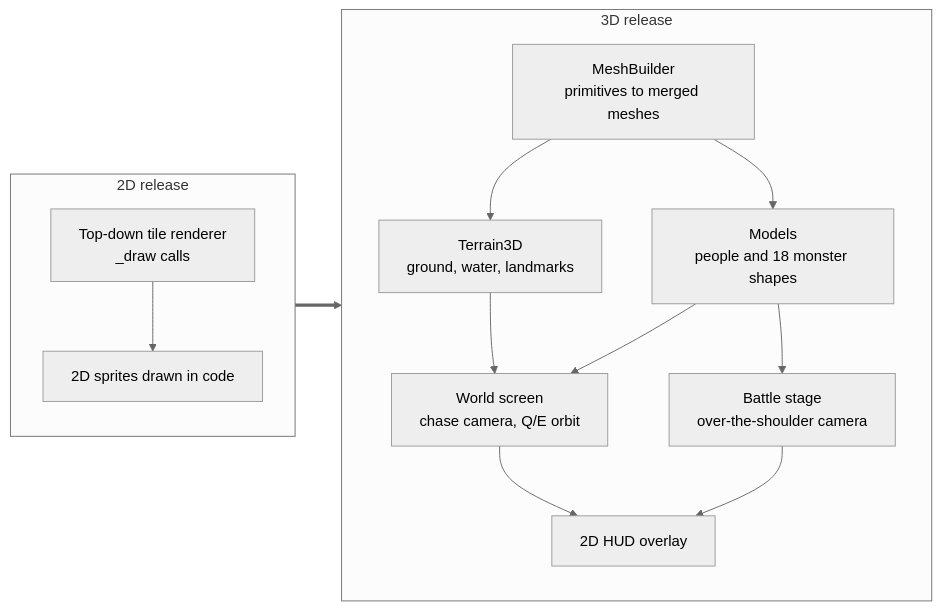
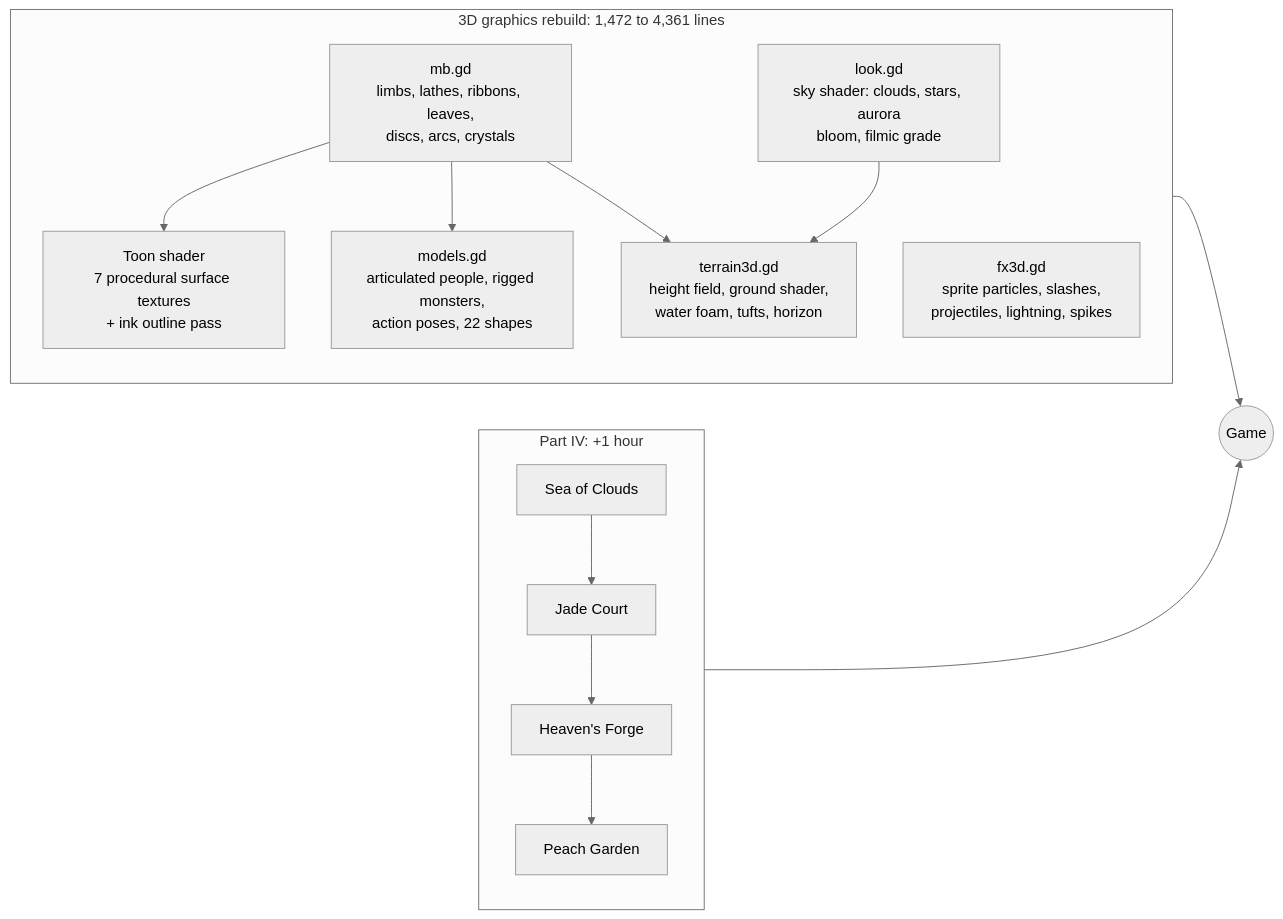
Before and after one commit to jgyy/timegox: the first of 6 diagrams in README.md, drawn with Mermaid (neutral theme). The commit also changed other lines of this file and 21 other files, not shown here.

Commit message:
Rebuild the 3D graphics (about 3x the code), add Part IV (+1 hour), fix bugs (#4)

````diff
--- a/README.md
+++ b/README.md
@@ -18,16 +19,15 @@
 ```mermaid
 flowchart LR
-    subgraph Before[2D release]
-    A1[Top-down tile renderer<br/>_draw calls] --> A2[2D sprites drawn in code]
+    subgraph G[3D graphics rebuild: 1,472 to 4,361 lines]
+    MB[mb.gd<br/>limbs, lathes, ribbons, leaves,<br/>discs, arcs, crystals] --> SH[Toon shader<br/>7 procedural surface textures<br/>+ ink outline pass]
+    MB --> MO[models.gd<br/>articulated people, rigged monsters,<br/>action poses, 22 shapes]
+    MB --> TE[terrain3d.gd<br/>height field, ground shader,<br/>water foam, tufts, horizon]
+    LK[look.gd<br/>sky shader: clouds, stars, aurora<br/>bloom, filmic grade] --> TE
+    FX[fx3d.gd<br/>sprite particles, slashes,<br/>projectiles, lightning, spikes]
     end
-    subgraph Now[3D release]
-    B1[MeshBuilder<br/>primitives to merged meshes] --> B2[Terrain3D<br/>ground, water, landmarks]
-    B1 --> B3[Models<br/>people and 18 monster shapes]
-    B2 --> B4[World screen<br/>chase camera, Q/E orbit]
-    B3 --> B4
-    B3 --> B5[Battle stage<br/>over-the-shoulder camera]
-    B4 --> B6[2D HUD overlay]
-    B5 --> B6
+    subgraph P[Part IV: +1 hour]
+    C1[Sea of Clouds] --> C2[Jade Court] --> C3[Heaven's Forge] --> C4[Peach Garden]
     end
-    Before ==> Now
+    G --> Play((Game))
+    P --> Play
 ```
````
